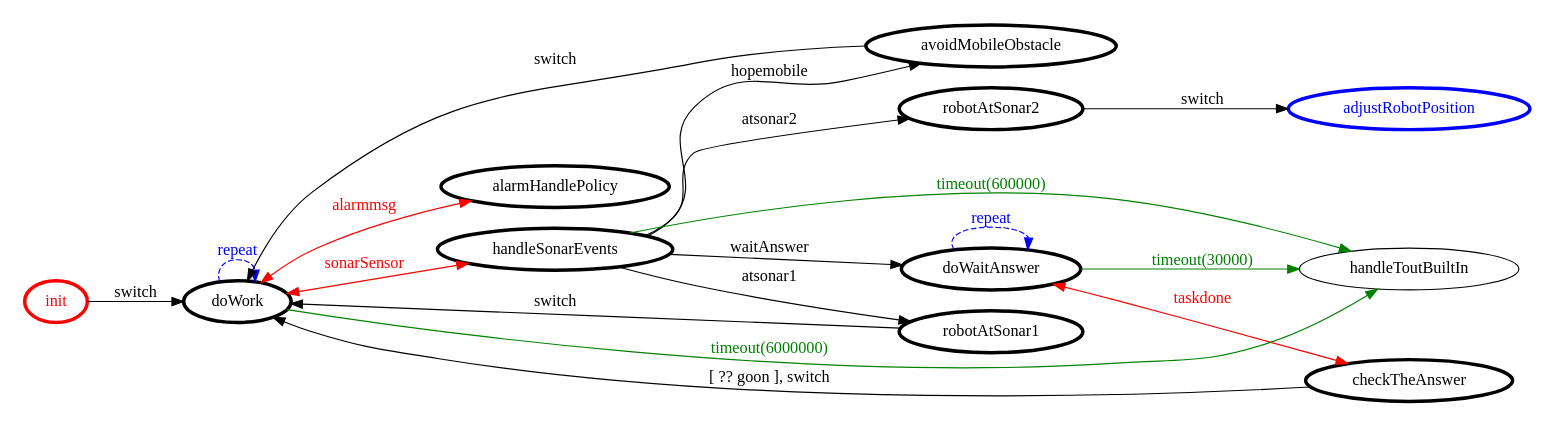
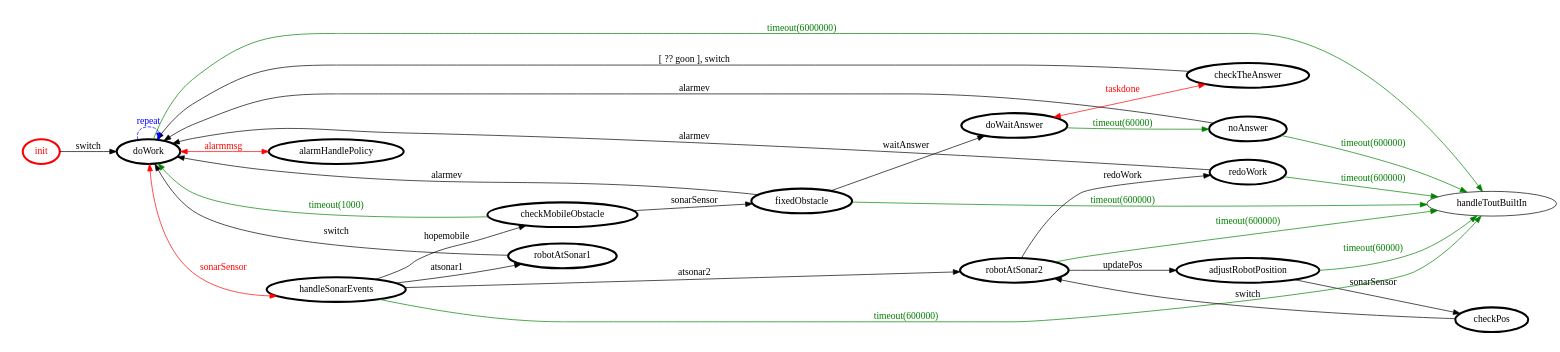
One commit to MatteoMendula/iss2018Lab changed the diagram in it.unibo.mbot.applR1/srcMore/it/unibo/applr0agent/applr0agent.gv. Above: the diagram before and after it, drawn with Graphviz. The commit also changed 91 other files, not shown here.

```diff
--- a/it.unibo.mbot.applR1/srcMore/it/unibo/applr0agent/applr0agent.gv
+++ b/it.unibo.mbot.applR1/srcMore/it/unibo/applr0agent/applr0agent.gv
@@ -1,40 +1,55 @@
 /*
 *
 * A GraphViz DOT FSM description 
 * Please use a GraphViz visualizer (like http://www.webgraphviz.com)
 *  
 */
 
 digraph finite_state_machine {
 	rankdir=LR
 	size="8,5"
 	
 	init [ color = red ][ fontcolor = red ][ penwidth = 3 ]
+	fixedObstacle [ color = black ][ fontcolor = black ][ penwidth = 3 ]
+	redoWork [ color = black ][ fontcolor = black ][ penwidth = 3 ]
+	adjustRobotPosition [ color = black ][ fontcolor = black ][ penwidth = 3 ]
+	checkTheAnswer [ color = black ][ fontcolor = black ][ penwidth = 3 ]
+	handleSonarEvents [ color = black ][ fontcolor = black ][ penwidth = 3 ]
+	alarmHandlePolicy [ color = black ][ fontcolor = black ][ penwidth = 3 ]
 	doWaitAnswer [ color = black ][ fontcolor = black ][ penwidth = 3 ]
 	doWork [ color = black ][ fontcolor = black ][ penwidth = 3 ]
+	checkPos [ color = black ][ fontcolor = black ][ penwidth = 3 ]
 	robotAtSonar2 [ color = black ][ fontcolor = black ][ penwidth = 3 ]
-	checkTheAnswer [ color = black ][ fontcolor = black ][ penwidth = 3 ]
-	avoidMobileObstacle [ color = black ][ fontcolor = black ][ penwidth = 3 ]
+	noAnswer [ color = black ][ fontcolor = black ][ penwidth = 3 ]
 	robotAtSonar1 [ color = black ][ fontcolor = black ][ penwidth = 3 ]
-	handleSonarEvents [ color = black ][ fontcolor = black ][ penwidth = 3 ]
-	alarmHandlePolicy [ color = black ][ fontcolor = black ][ penwidth = 3 ]
-	adjustRobotPosition [ color = blue ][ fontcolor = blue ][ penwidth = 3 ]
+	checkMobileObstacle [ color = black ][ fontcolor = black ][ penwidth = 3 ]
 	
+	fixedObstacle -> doWaitAnswer [ label = "waitAnswer" ][ color = black ][ fontcolor = black ]
 	handleSonarEvents -> handleToutBuiltIn [ label = "timeout(600000)" ][ color = green ][ fontcolor = green ]
-	avoidMobileObstacle -> doWork [ label = "switch" ][ color = black ][ fontcolor = black ]
-	handleSonarEvents -> doWaitAnswer [ label = "waitAnswer" ][ color = black ][ fontcolor = black ]
+	checkPos -> robotAtSonar2 [ label = "switch" ][ color = black ][ fontcolor = black ]
+	checkMobileObstacle -> fixedObstacle [ label = "sonarSensor" ][ color = black ][ fontcolor = black ]
+	robotAtSonar2 -> handleToutBuiltIn [ label = "timeout(600000)" ][ color = green ][ fontcolor = green ]
+	doWaitAnswer -> noAnswer [ label = "timeout(60000)" ][ color = green ][ fontcolor = green ]
+	adjustRobotPosition -> handleToutBuiltIn [ label = "timeout(60000)" ][ color = green ][ fontcolor = green ]
 	doWork -> doWork [ label = "repeat "][ style = dashed ][ color = blue ][ fontcolor = blue ]
-	handleSonarEvents -> avoidMobileObstacle [ label = "hopemobile" ][ color = black ][ fontcolor = black ]
-	robotAtSonar2 -> adjustRobotPosition [ label = "switch" ][ color = black ][ fontcolor = black ]
+	fixedObstacle -> handleToutBuiltIn [ label = "timeout(600000)" ][ color = green ][ fontcolor = green ]
+	handleSonarEvents -> checkMobileObstacle [ label = "hopemobile" ][ color = black ][ fontcolor = black ]
 	doWork -> handleSonarEvents [ label = "sonarSensor" ][ color = red ][ fontcolor = red ][ dir = both ]
 	handleSonarEvents -> robotAtSonar1 [ label = "atsonar1" ][ color = black ][ fontcolor = black ]
 	checkTheAnswer -> doWork [ label = "[ ?? goon ], switch" ][ color = black ][ fontcolor = black ]
+	robotAtSonar2 -> redoWork [ label = "redoWork" ][ color = black ][ fontcolor = black ]
+	redoWork -> handleToutBuiltIn [ label = "timeout(600000)" ][ color = green ][ fontcolor = green ]
+	adjustRobotPosition -> checkPos [ label = "sonarSensor" ][ color = black ][ fontcolor = black ]
+	doWaitAnswer -> checkTheAnswer [ label = "taskdone" ][ color = red ][ fontcolor = red ][ dir = both ]
+	fixedObstacle -> doWork [ label = "alarmev" ][ color = black ][ fontcolor = black ]
+	noAnswer -> handleToutBuiltIn [ label = "timeout(600000)" ][ color = green ][ fontcolor = green ]
 	robotAtSonar1 -> doWork [ label = "switch" ][ color = black ][ fontcolor = black ]
 	doWork -> handleToutBuiltIn [ label = "timeout(6000000)" ][ color = green ][ fontcolor = green ]
-	doWaitAnswer -> handleToutBuiltIn [ label = "timeout(30000)" ][ color = green ][ fontcolor = green ]
+	checkMobileObstacle -> doWork [ label = "timeout(1000)" ][ color = green ][ fontcolor = green ]
 	doWork -> alarmHandlePolicy [ label = "alarmmsg" ][ color = red ][ fontcolor = red ][ dir = both ]
 	init -> doWork [ label = "switch" ][ color = black ][ fontcolor = black ]
 	handleSonarEvents -> robotAtSonar2 [ label = "atsonar2" ][ color = black ][ fontcolor = black ]
-	doWaitAnswer -> checkTheAnswer [ label = "taskdone" ][ color = red ][ fontcolor = red ][ dir = both ]
-	doWaitAnswer -> doWaitAnswer [ label = "repeat "][ style = dashed ][ color = blue ][ fontcolor = blue ]
+	robotAtSonar2 -> adjustRobotPosition [ label = "updatePos" ][ color = black ][ fontcolor = black ]
+	noAnswer -> doWork [ label = "alarmev" ][ color = black ][ fontcolor = black ]
+	redoWork -> doWork [ label = "alarmev" ][ color = black ][ fontcolor = black ]
 }
```
